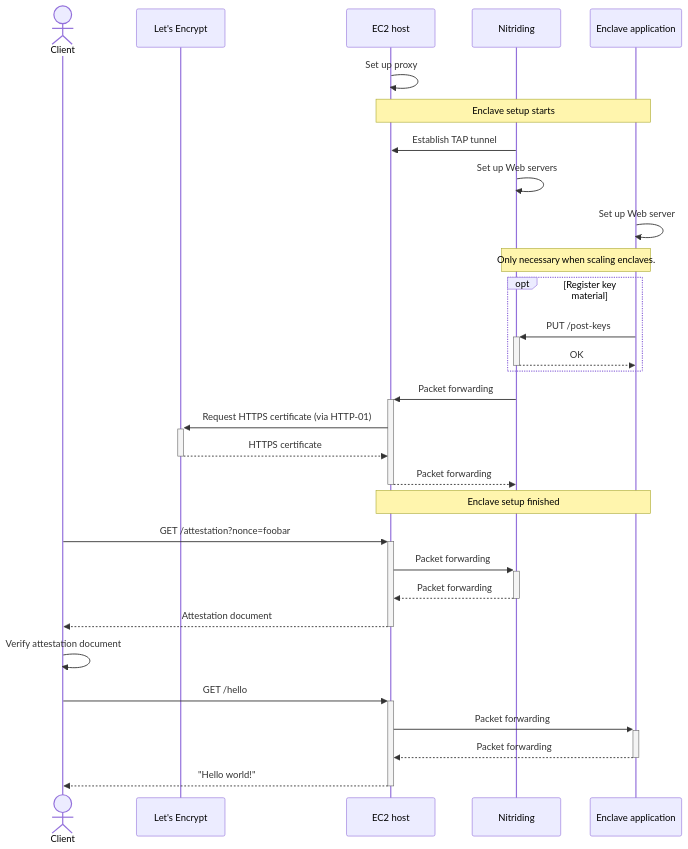
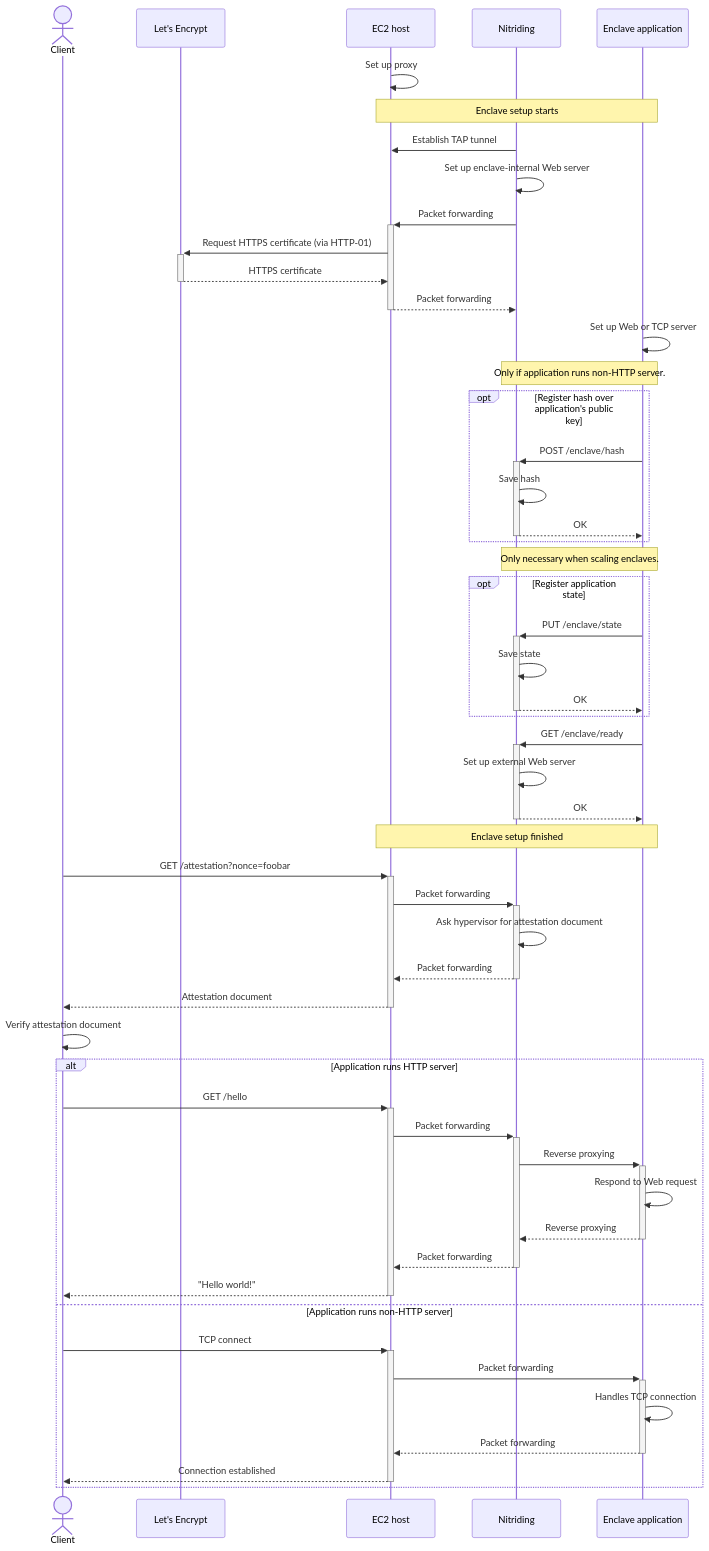
Before and after one commit to brave/nitriding-daemon: the diagram in doc/architecture.md, drawn with Mermaid. The commit also changed 1 other file, not shown here.

Commit message:
Update documentation and architecture diagram.

````diff
--- a/doc/architecture.md
+++ b/doc/architecture.md
@@ -1,42 +1,68 @@
 ```mermaid
 sequenceDiagram
   actor client as Client
   participant ca as Let's Encrypt
   participant ec2 as EC2 host
   participant nitriding as Nitriding
   participant app as Enclave application
 
 ec2->>ec2: Set up proxy
 
 Note over ec2,app: Enclave setup starts
 
 nitriding->>ec2: Establish TAP tunnel
-nitriding->>nitriding: Set up Web servers
-app->>app: Set up Web server
-
-Note over nitriding,app: Only necessary when scaling enclaves.
-
-opt Register key material
-  app->>+nitriding: PUT /post-keys
-  nitriding-->>-app: OK
-end
+nitriding->>nitriding: Set up enclave-internal Web server
 
 nitriding->>+ec2: Packet forwarding
 ec2->>+ca: Request HTTPS certificate (via HTTP-01)
 ca-->>-ec2: HTTPS certificate
 ec2-->>-nitriding: Packet forwarding
 
+app->>app: Set up Web or TCP server
+
+Note over nitriding,app: Only if application runs non-HTTP server.
+
+opt Register hash over application's public key
+  app->>+nitriding: POST /enclave/hash
+  nitriding->>nitriding: Save hash
+  nitriding-->>-app: OK
+end
+
+Note over nitriding,app: Only necessary when scaling enclaves.
+
+opt Register application state
+  app->>+nitriding: PUT /enclave/state
+  nitriding->>nitriding: Save state
+  nitriding-->>-app: OK
+end
+
+app->>+nitriding: GET /enclave/ready
+nitriding->>nitriding: Set up external Web server
+nitriding-->>-app: OK
+
 Note over ec2,app: Enclave setup finished
 
 client->>+ec2: GET /attestation?nonce=foobar
 ec2->>+nitriding: Packet forwarding
+nitriding->>nitriding: Ask hypervisor for attestation document
 nitriding-->>-ec2: Packet forwarding
 ec2-->>-client: Attestation document
 
 client->>client: Verify attestation document
 
-client->>+ec2: GET /hello
-ec2->>+app: Packet forwarding
-app-->>-ec2: Packet forwarding
-ec2-->>-client: "Hello world!"
+alt Application runs HTTP server
+  client->>+ec2: GET /hello
+  ec2->>+nitriding: Packet forwarding
+  nitriding->>+app: Reverse proxying
+  app->>app: Respond to Web request
+  app-->>-nitriding: Reverse proxying
+  nitriding-->>-ec2: Packet forwarding
+  ec2-->>-client: "Hello world!"
+else Application runs non-HTTP server
+  client->>+ec2: TCP connect
+  ec2->>+app: Packet forwarding
+  app->>app: Handles TCP connection
+  app-->>-ec2: Packet forwarding
+  ec2-->>-client: Connection established
+end
 ```
````
